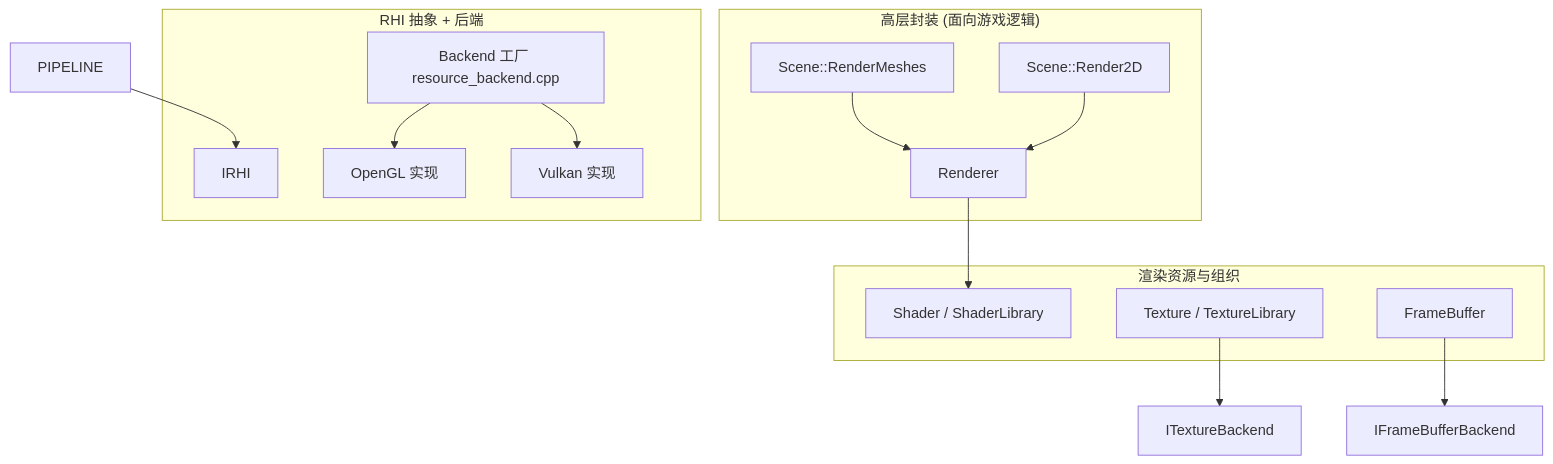
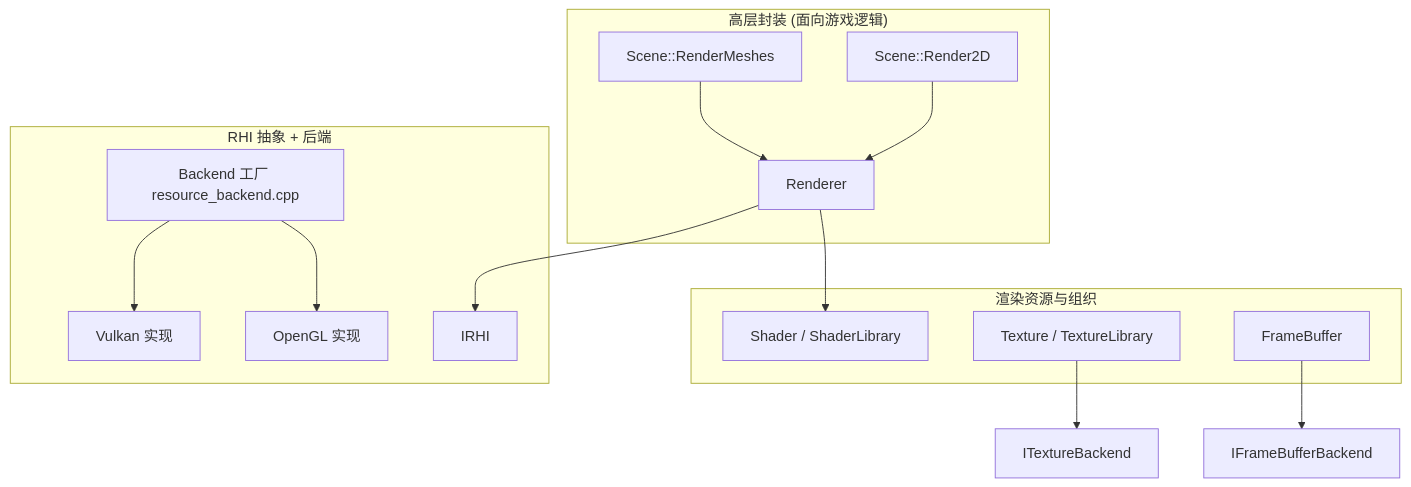
Before and after one commit to MiaoHN/MEngine: the first of 2 diagrams in docs/rendering.md, drawn with Mermaid. The commit also changed 16 other files, not shown here.

````diff
--- a/docs/rendering.md
+++ b/docs/rendering.md
@@ -27,30 +27,30 @@
 ```mermaid
 graph TB
     subgraph 高层["高层封装 (面向游戏逻辑)"]
         RENDERER[Renderer]
         SCENE3D[Scene::RenderMeshes]
         SCENE2D[Scene::Render2D]
     end
 
     subgraph 中间层["渲染资源与组织"]
         SHADER[Shader / ShaderLibrary]
         TEX[Texture / TextureLibrary]
         FB[FrameBuffer]
     end
 
     subgraph RHI层["RHI 抽象 + 后端"]
         IRHI[IRHI]
         FACTORY[Backend 工厂 resource_backend.cpp]
         GL[OpenGL 实现]
         VK[Vulkan 实现]
     end
 
     RENDERER --> SHADER
     SCENE3D --> RENDERER
     SCENE2D --> RENDERER
     TEX --> ITextureBackend
     FB --> IFrameBufferBackend
     FACTORY --> GL
     FACTORY --> VK
-    PIPELINE --> IRHI
+    RENDERER --> IRHI
 ```
````
